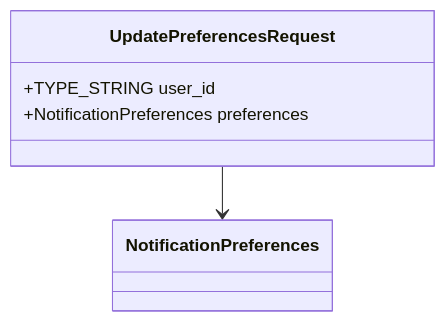
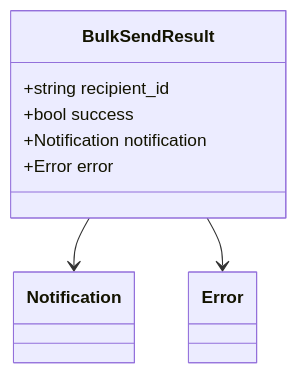
Diagram 37 of 37 in test-monorepo/docs/consolidated/NotificationService.md (kyivinua/root), drawn with Mermaid before and after one commit. The commit also changed other lines of this file and 5 other files, not shown here.

````diff
--- a/test-monorepo/docs/consolidated/NotificationService.md
+++ b/test-monorepo/docs/consolidated/NotificationService.md
@@ -1157,8 +1951,11 @@
 ```mermaid
 classDiagram
-    class UpdatePreferencesRequest {
-        +TYPE_STRING user_id
-        +NotificationPreferences preferences
+    class BulkSendResult {
+        +string recipient_id
+        +bool success
+        +Notification notification
+        +Error error
     }
-    UpdatePreferencesRequest --> NotificationPreferences
+    BulkSendResult --> Notification
+    BulkSendResult --> Error
 ```
````
